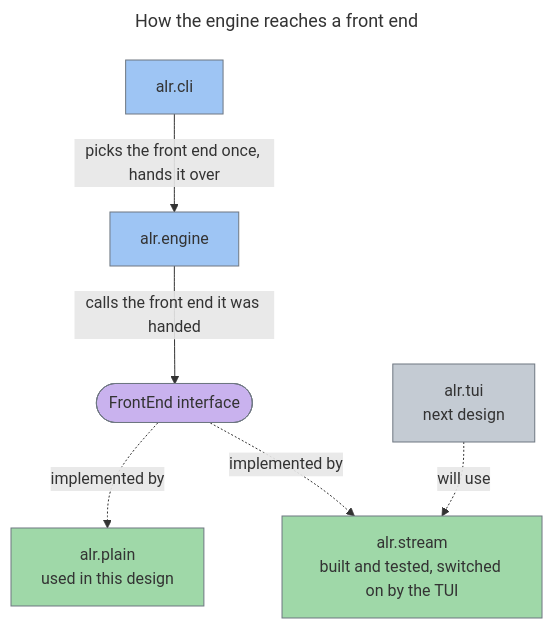
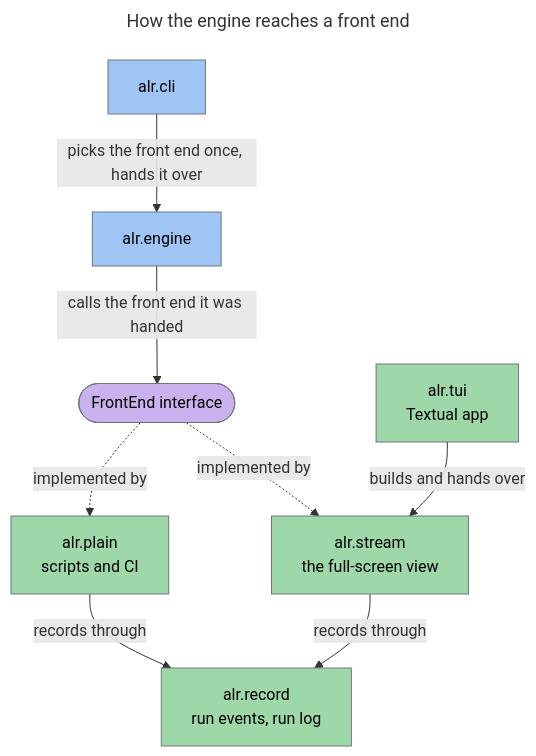
The second of 5 diagrams in docs/design/03_system_architecture.md (twistingmercury/agentic_loop_runner), drawn with Mermaid before and after one commit. The commit also changed other lines of this file and 65 other files, not shown here.

First line of the commit message:
Add the full-screen terminal view, run logs, and parallel unit tests (#7)

````diff
--- a/docs/design/03_system_architecture.md
+++ b/docs/design/03_system_architecture.md
@@ -55,23 +65,24 @@
 ```mermaid
 ---
 title: How the engine reaches a front end
 ---
 flowchart TD
     cli["alr.cli"]:::blue
     engine["alr.engine"]:::blue
     iface(["FrontEnd interface"]):::purple
-    plain["alr.plain<br/>used in this design"]:::green
-    stream["alr.stream<br/>built and tested, switched on by the TUI"]:::green
-    tui["alr.tui<br/>next design"]:::gray
-
-    cli -->|"picks the front end once, hands it over"| engine
-    engine -->|"calls the front end it was handed"| iface
+    plain["alr.plain<br/>scripts and CI"]:::green
+    stream["alr.stream<br/>the full-screen view"]:::green
+    tui["alr.tui<br/>Textual app"]:::green
+    record["alr.record<br/>run events, run log"]:::green
+    cli -->|" picks the front end once, hands it over "| engine
+    engine -->|" calls the front end it was handed "| iface
     iface -.->|implemented by| plain
     iface -.->|implemented by| stream
-    tui -.->|"will use"| stream
-
-    classDef blue fill:#9ec5f4,stroke:#6e7781,color:#333333
-    classDef green fill:#9fd8a8,stroke:#6e7781,color:#333333
-    classDef purple fill:#c9b2ee,stroke:#6e7781,color:#333333
-    classDef gray fill:#c4cbd3,stroke:#6e7781,color:#333333
+    tui -->|" builds and hands over "| stream
+    plain -->|records through| record
+    stream -->|records through| record
+    classDef blue fill: #9ec5f4, stroke: #6e7781, color: #000000
+    classDef green fill: #9fd8a8, stroke: #6e7781, color: #000000
+    classDef purple fill: #c9b2ee, stroke: #6e7781, color: #000000
+    classDef gray fill: #c4cbd3, stroke: #6e7781, color: #000000
 ```
````
